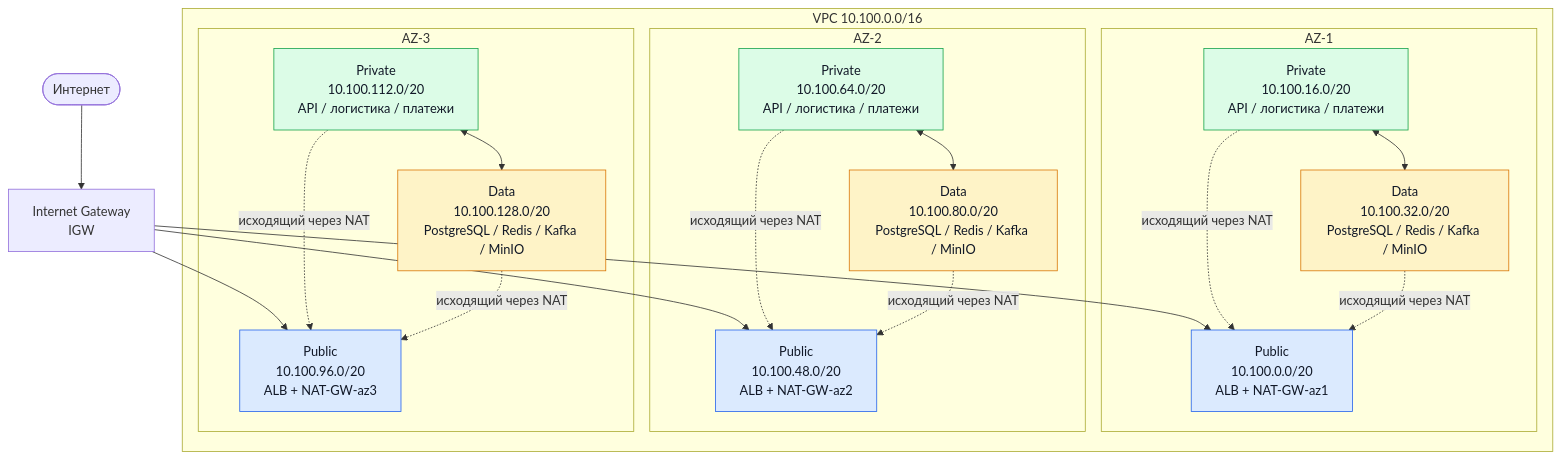
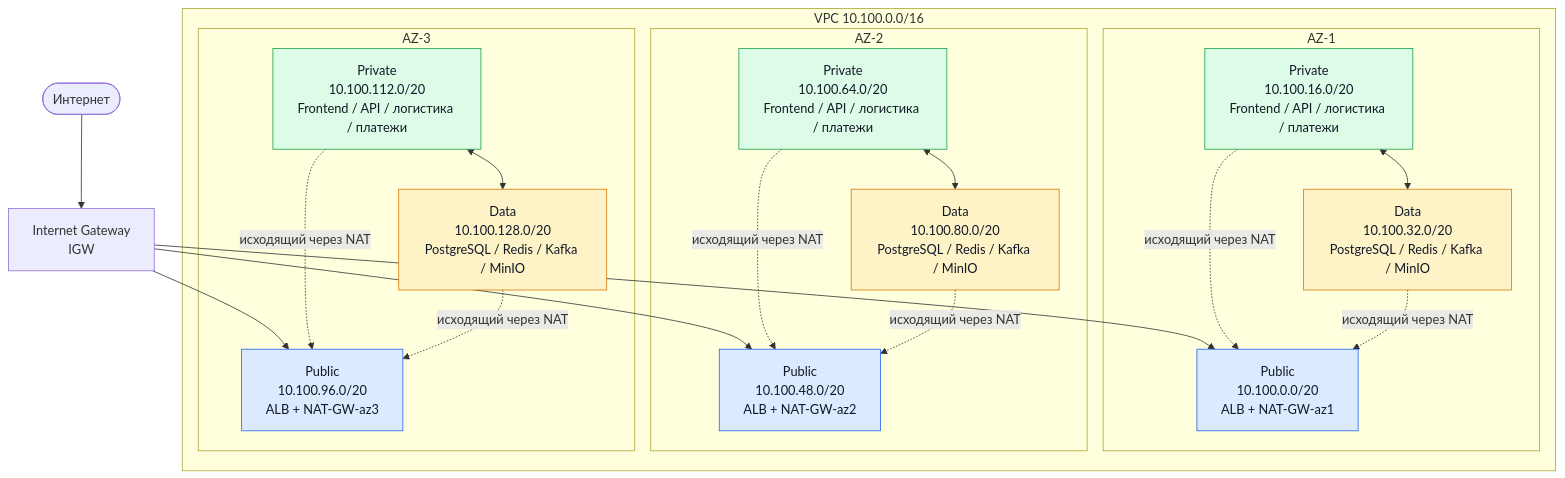
The diagram in lecture-1/report.md (plida/cloud-infrastructure), drawn with Mermaid before and after one commit. The commit also changed other lines of this file, not shown here.

````diff
--- a/lecture-1/report.md
+++ b/lecture-1/report.md
@@ -80,42 +80,42 @@
 ```mermaid
 flowchart TB
     internet([Интернет]) --> igw[Internet Gateway<br/>IGW]
 
     subgraph vpc["VPC 10.100.0.0/16"]
         subgraph az1["AZ-1"]
             pub1["Public<br/>10.100.0.0/20<br/>ALB + NAT-GW-az1"]
-            priv1["Private<br/>10.100.16.0/20<br/>API / логистика / платежи"]
+            priv1["Private<br/>10.100.16.0/20<br/>Frontend / API / логистика / платежи"]
             data1["Data<br/>10.100.32.0/20<br/>PostgreSQL / Redis / Kafka / MinIO"]
             priv1 <--> data1
         end
         subgraph az2["AZ-2"]
             pub2["Public<br/>10.100.48.0/20<br/>ALB + NAT-GW-az2"]
-            priv2["Private<br/>10.100.64.0/20<br/>API / логистика / платежи"]
+            priv2["Private<br/>10.100.64.0/20<br/>Frontend / API / логистика / платежи"]
             data2["Data<br/>10.100.80.0/20<br/>PostgreSQL / Redis / Kafka / MinIO"]
             priv2 <--> data2
         end
         subgraph az3["AZ-3"]
             pub3["Public<br/>10.100.96.0/20<br/>ALB + NAT-GW-az3"]
-            priv3["Private<br/>10.100.112.0/20<br/>API / логистика / платежи"]
+            priv3["Private<br/>10.100.112.0/20<br/>Frontend / API / логистика / платежи"]
             data3["Data<br/>10.100.128.0/20<br/>PostgreSQL / Redis / Kafka / MinIO"]
             priv3 <--> data3
         end
     end
 
     igw --> pub1
     igw --> pub2
     igw --> pub3
     priv1 -. "исходящий через NAT" .-> pub1
     priv2 -. "исходящий через NAT" .-> pub2
     priv3 -. "исходящий через NAT" .-> pub3
     data1 -. "исходящий через NAT" .-> pub1
     data2 -. "исходящий через NAT" .-> pub2
     data3 -. "исходящий через NAT" .-> pub3
 
     classDef public fill:#DBEAFE,stroke:#2563EB,color:#111827
     classDef private fill:#DCFCE7,stroke:#16A34A,color:#111827
     classDef data fill:#FEF3C7,stroke:#D97706,color:#111827
     class pub1,pub2,pub3 public
     class priv1,priv2,priv3 private
     class data1,data2,data3 data
 ```
````
